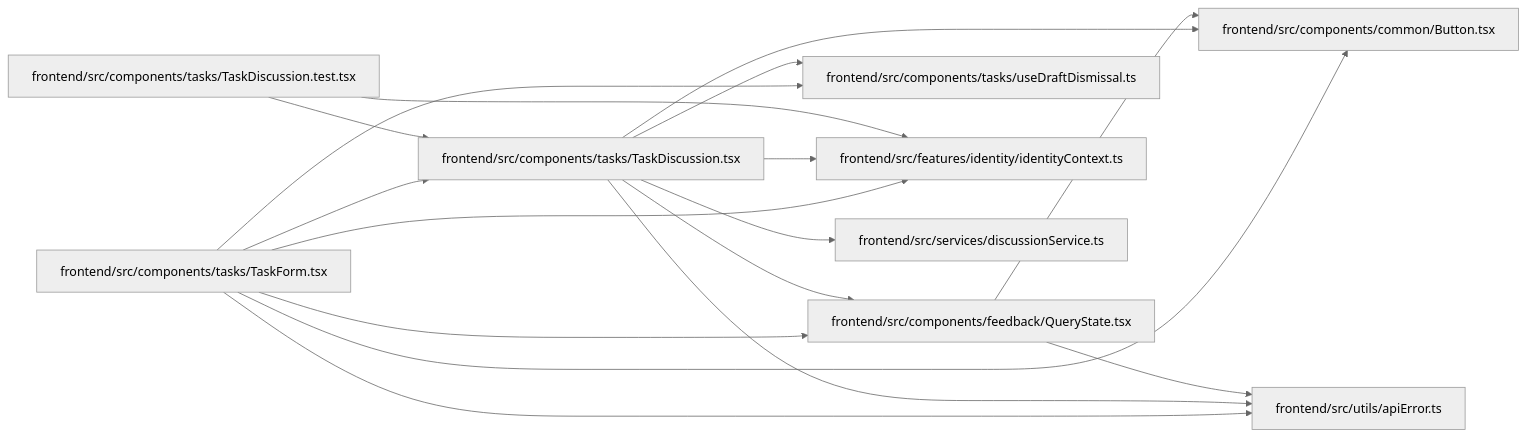
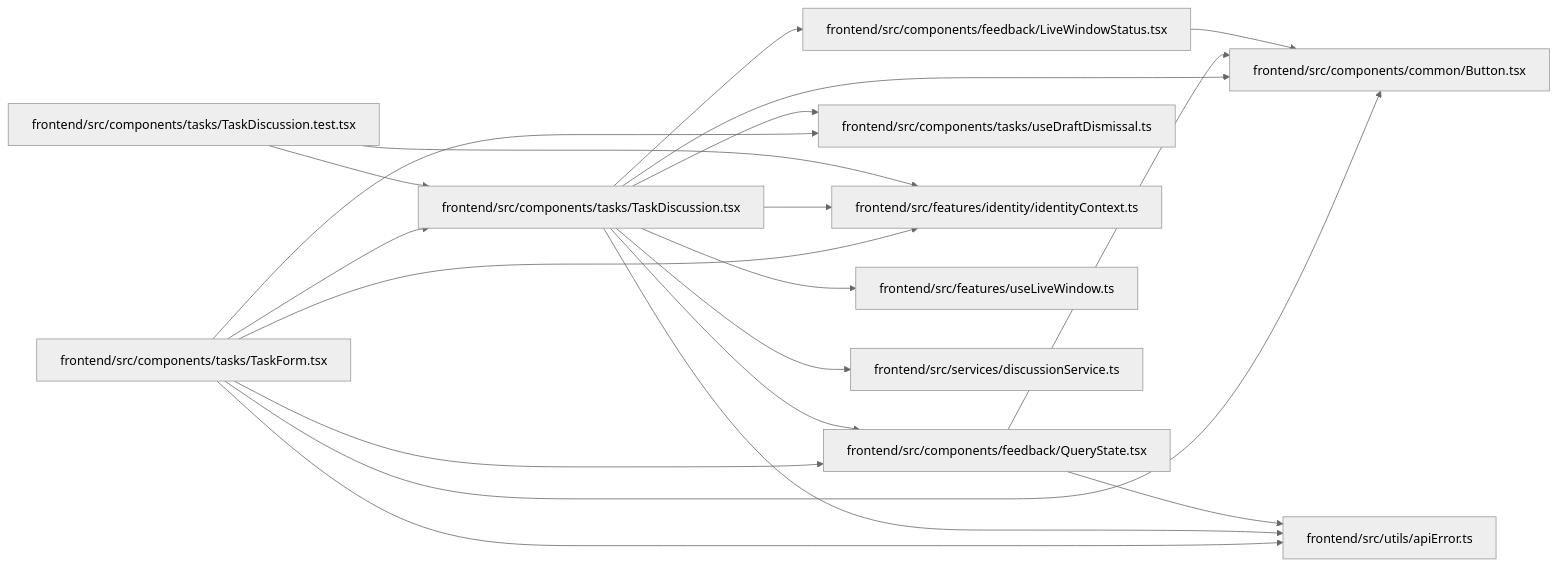
One commit to Denissvgn/WorkChord changed the diagram in docs/llm_wiki/modules/TaskDiscussion.md. Above: the diagram before and after it, drawn with Mermaid (neutral theme). The commit also changed other lines of this file and 392 other files, not shown here.

````diff
--- a/docs/llm_wiki/modules/TaskDiscussion.md
+++ b/docs/llm_wiki/modules/TaskDiscussion.md
@@ -34,37 +36,44 @@
 ```mermaid
 flowchart LR
     n0["frontend/src/components/common/Button.tsx"]
-    n1["frontend/src/components/feedback/QueryState.tsx"]
-    n2["frontend/src/components/tasks/TaskDiscussion.test.tsx"]
-    n3["frontend/src/components/tasks/TaskDiscussion.tsx"]
-    n4["frontend/src/components/tasks/TaskForm.tsx"]
-    n5["frontend/src/components/tasks/useDraftDismissal.ts"]
-    n6["frontend/src/features/identity/identityContext.ts"]
-    n7["frontend/src/services/discussionService.ts"]
-    n8["frontend/src/utils/apiError.ts"]
+    n1["frontend/src/components/feedback/LiveWindowStatus.tsx"]
+    n2["frontend/src/components/feedback/QueryState.tsx"]
+    n3["frontend/src/components/tasks/TaskDiscussion.test.tsx"]
+    n4["frontend/src/components/tasks/TaskDiscussion.tsx"]
+    n5["frontend/src/components/tasks/TaskForm.tsx"]
+    n6["frontend/src/components/tasks/useDraftDismissal.ts"]
+    n7["frontend/src/features/identity/identityContext.ts"]
+    n8["frontend/src/features/useLiveWindow.ts"]
+    n9["frontend/src/services/discussionService.ts"]
+    n10["frontend/src/utils/apiError.ts"]
     n1 --> n0
-    n1 --> n8
-    n2 --> n3
-    n2 --> n6
-    n3 --> n0
-    n3 --> n1
-    n3 --> n5
-    n3 --> n6
+    n2 --> n0
+    n2 --> n10
+    n3 --> n4
     n3 --> n7
-    n3 --> n8
     n4 --> n0
     n4 --> n1
-    n4 --> n3
-    n4 --> n5
+    n4 --> n2
     n4 --> n6
+    n4 --> n7
     n4 --> n8
+    n4 --> n9
+    n4 --> n10
+    n5 --> n0
+    n5 --> n2
+    n5 --> n4
+    n5 --> n6
+    n5 --> n7
+    n5 --> n10
     click n0 "../modules/Button.md"
-    click n1 "../modules/QueryState.md"
-    click n2 "../modules/TaskDiscussion.test.md"
-    click n3 "../modules/TaskDiscussion.md"
-    click n4 "../modules/TaskForm.md"
-    click n5 "../modules/useDraftDismissal.md"
-    click n6 "../modules/identityContext.md"
-    click n7 "../modules/discussionService.md"
-    click n8 "../modules/apiError.md"
+    click n1 "../modules/LiveWindowStatus.md"
+    click n2 "../modules/QueryState.md"
+    click n3 "../modules/TaskDiscussion.test.md"
+    click n4 "../modules/TaskDiscussion.md"
+    click n5 "../modules/TaskForm.md"
+    click n6 "../modules/useDraftDismissal.md"
+    click n7 "../modules/identityContext.md"
+    click n8 "../modules/useLiveWindow.md"
+    click n9 "../modules/discussionService.md"
+    click n10 "../modules/apiError.md"
 ```
````
